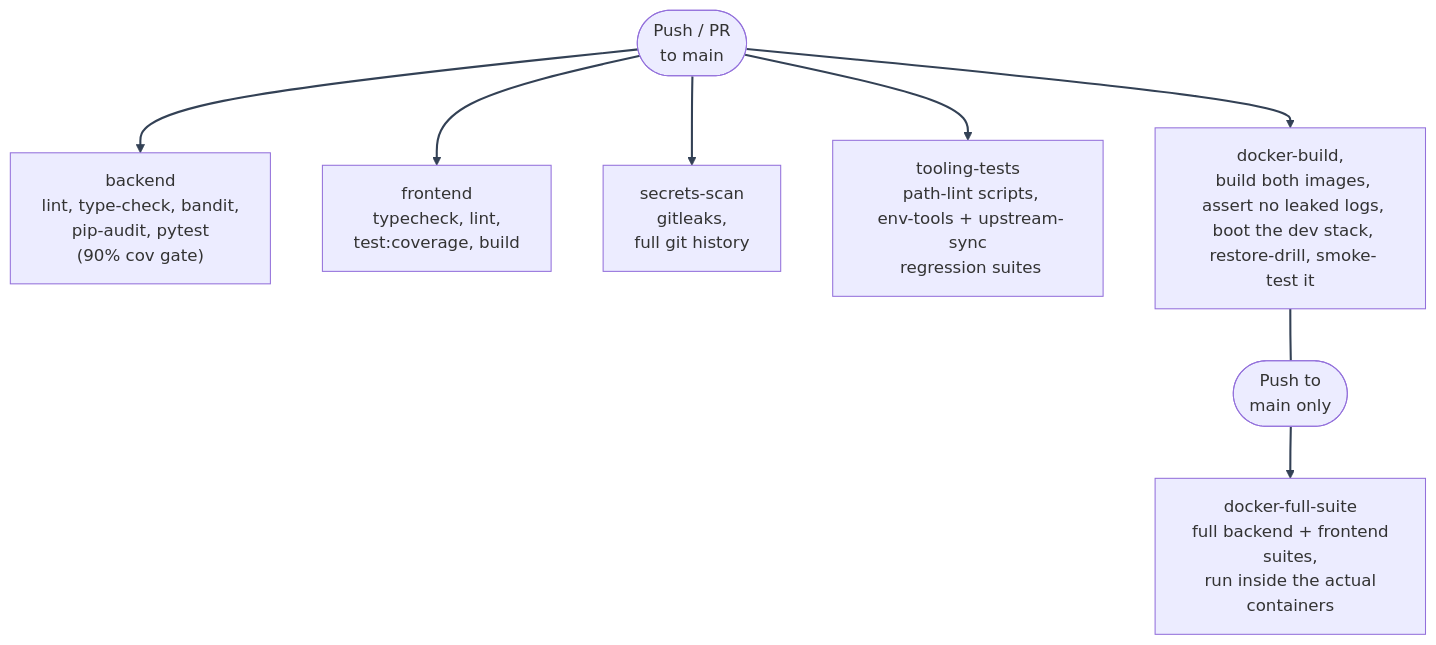
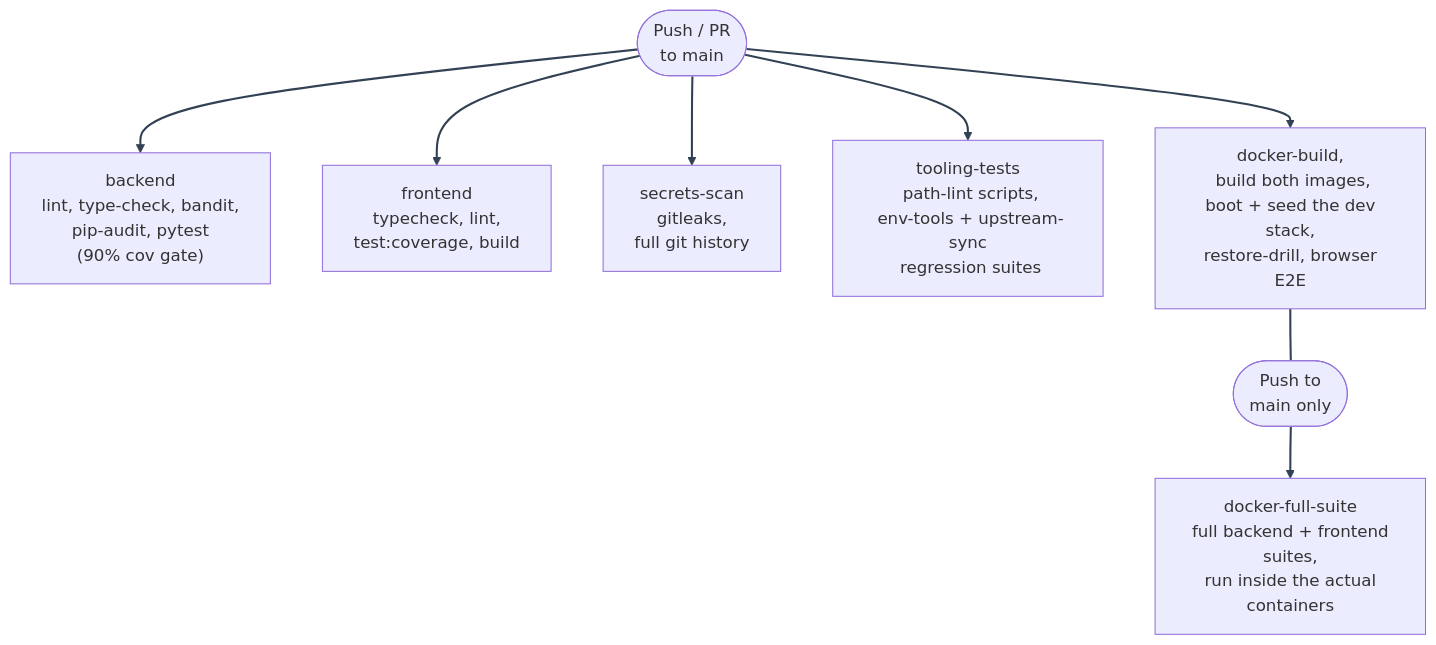
Before and after one commit to Nachiket-2024/mystic-auth: the diagram in docs/mystic_auth/cicd/overview.md, drawn with Mermaid. The commit also changed other lines of this file and 905 other files, not shown here.

````diff
--- a/docs/mystic_auth/cicd/overview.md
+++ b/docs/mystic_auth/cicd/overview.md
@@ -17,14 +17,14 @@
 ```mermaid
 %%{init: {"themeVariables": {"lineColor": "#334155"}} }%%
 flowchart TD
     Trigger(["Push / PR\n to main"])
     TriggerMain(["Push to\n main only"])
     Trigger --> Backend["backend\n lint, type-check, bandit,\n pip-audit, pytest\n (90% cov gate)"]
     Trigger --> Frontend["frontend\n typecheck, lint,\n test:coverage, build"]
     Trigger --> Secrets["secrets-scan\n gitleaks,\n full git history"]
     Trigger --> Tooling["tooling-tests\n path-lint scripts,\n env-tools + upstream-sync\n regression suites"]
-    Trigger --> DockerBuild["docker-build,\n build both images,\n assert no leaked logs,\n boot the dev stack,\n restore-drill, smoke-test it"]
+    Trigger --> DockerBuild["docker-build,\n build both images,\n boot + seed the dev stack,\n restore-drill, browser E2E"]
     DockerBuild ~~~ TriggerMain
     TriggerMain --> DockerFullSuite["docker-full-suite\n full backend + frontend suites,\n run inside the actual containers"]
     linkStyle default stroke:#334155,stroke-width:2px
 ```
````
